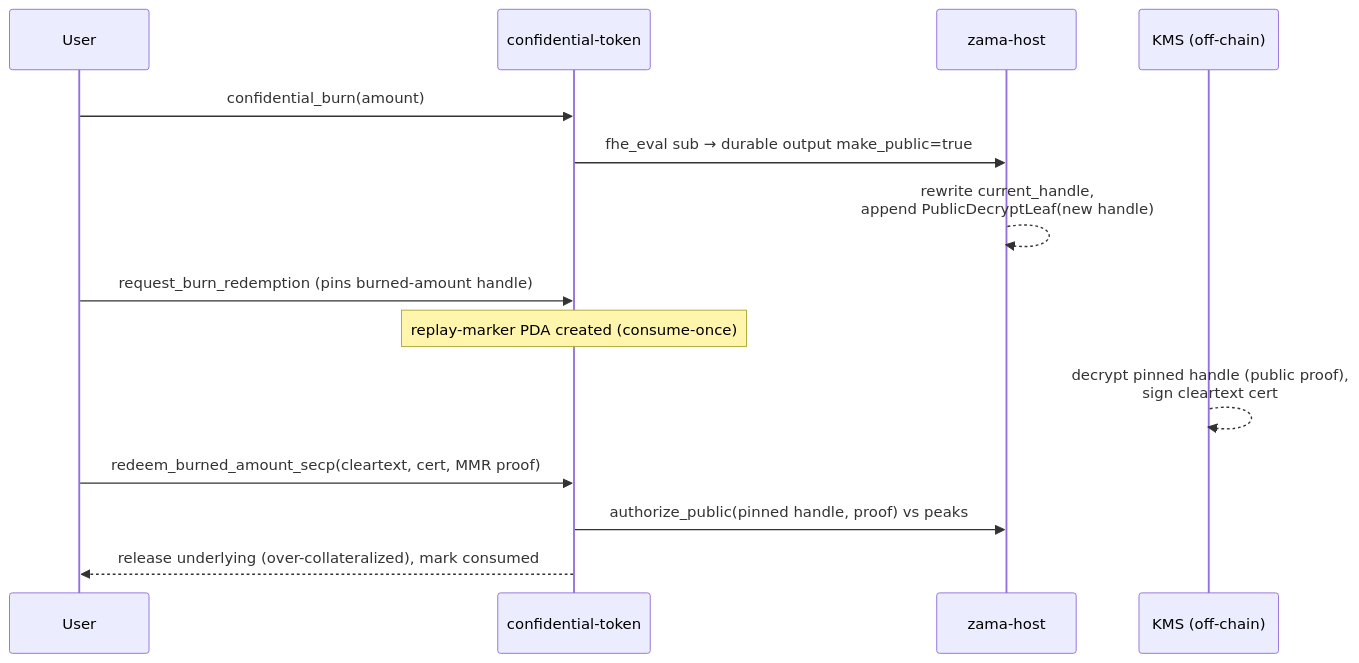
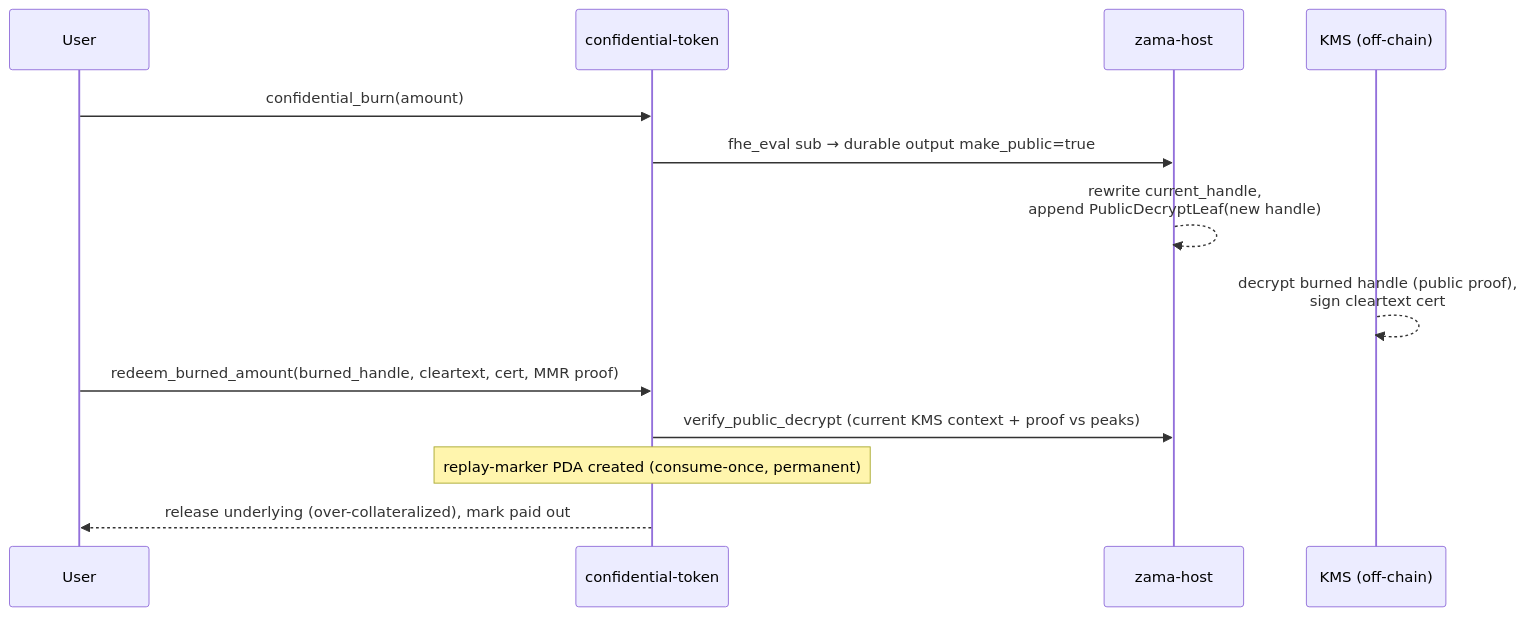
Before and after one commit to zama-ai/fhevm: the fifth of 6 diagrams in solana/docs/MMR_ACL_MVP.md, drawn with Mermaid. The commit also changed other lines of this file and 23 other files, not shown here.

````diff
--- a/solana/docs/MMR_ACL_MVP.md
+++ b/solana/docs/MMR_ACL_MVP.md
@@ -152,16 +154,15 @@
 ```mermaid
 sequenceDiagram
     participant U as User
     participant CT as confidential-token
     participant ZH as zama-host
     participant KMS as KMS (off-chain)
     U->>CT: confidential_burn(amount)
     CT->>ZH: fhe_eval sub → durable output make_public=true
     ZH-->>ZH: rewrite current_handle,<br/>append PublicDecryptLeaf(new handle)
-    U->>CT: request_burn_redemption (pins burned-amount handle)
-    Note over CT: replay-marker PDA created (consume-once)
-    KMS-->>KMS: decrypt pinned handle (public proof),<br/>sign cleartext cert
-    U->>CT: redeem_burned_amount_secp(cleartext, cert, MMR proof)
-    CT->>ZH: authorize_public(pinned handle, proof) vs peaks
-    CT-->>U: release underlying (over-collateralized), mark consumed
+    KMS-->>KMS: decrypt burned handle (public proof),<br/>sign cleartext cert
+    U->>CT: redeem_burned_amount(burned_handle, cleartext, cert, MMR proof)
+    CT->>ZH: verify_public_decrypt (current KMS context + proof vs peaks)
+    Note over CT: replay-marker PDA created (consume-once, permanent)
+    CT-->>U: release underlying (over-collateralized), mark paid out
 ```
````
